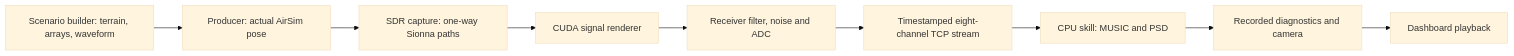
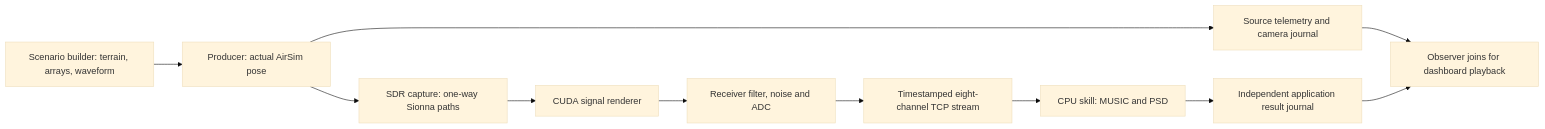
Before and after one commit to wa200508/airsim-rf: the diagram in docs/code-map.md, drawn with Mermaid (base theme). The commit also changed other lines of this file and 66 other files, not shown here.

````diff
--- a/docs/code-map.md
+++ b/docs/code-map.md
@@ -26,11 +26,13 @@
 ```mermaid
 flowchart LR
     A[Scenario builder: terrain, arrays, waveform] --> B[Producer: actual AirSim pose]
     B --> C[SDR capture: one-way Sionna paths]
     C --> D[CUDA signal renderer]
     D --> E[Receiver filter, noise and ADC]
     E --> F[Timestamped eight-channel TCP stream]
     F --> G[CPU skill: MUSIC and PSD]
-    G --> H[Recorded diagnostics and camera]
-    H --> I[Dashboard playback]
+    B --> H[Source telemetry and camera journal]
+    G --> J[Independent application result journal]
+    H --> I[Observer joins for dashboard playback]
+    J --> I
 ```
````
